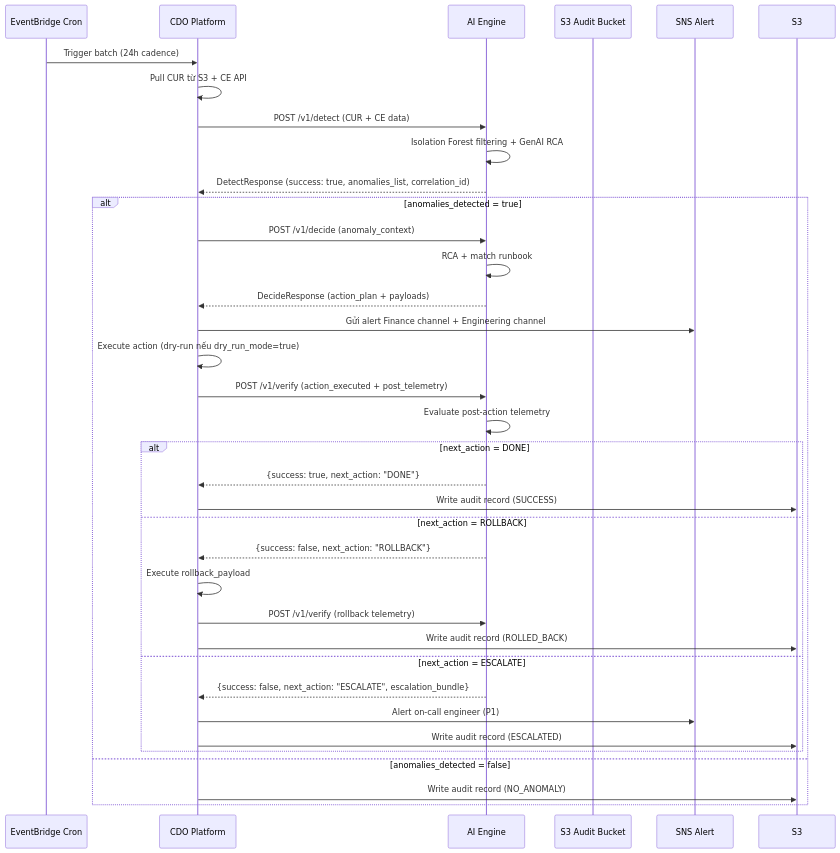
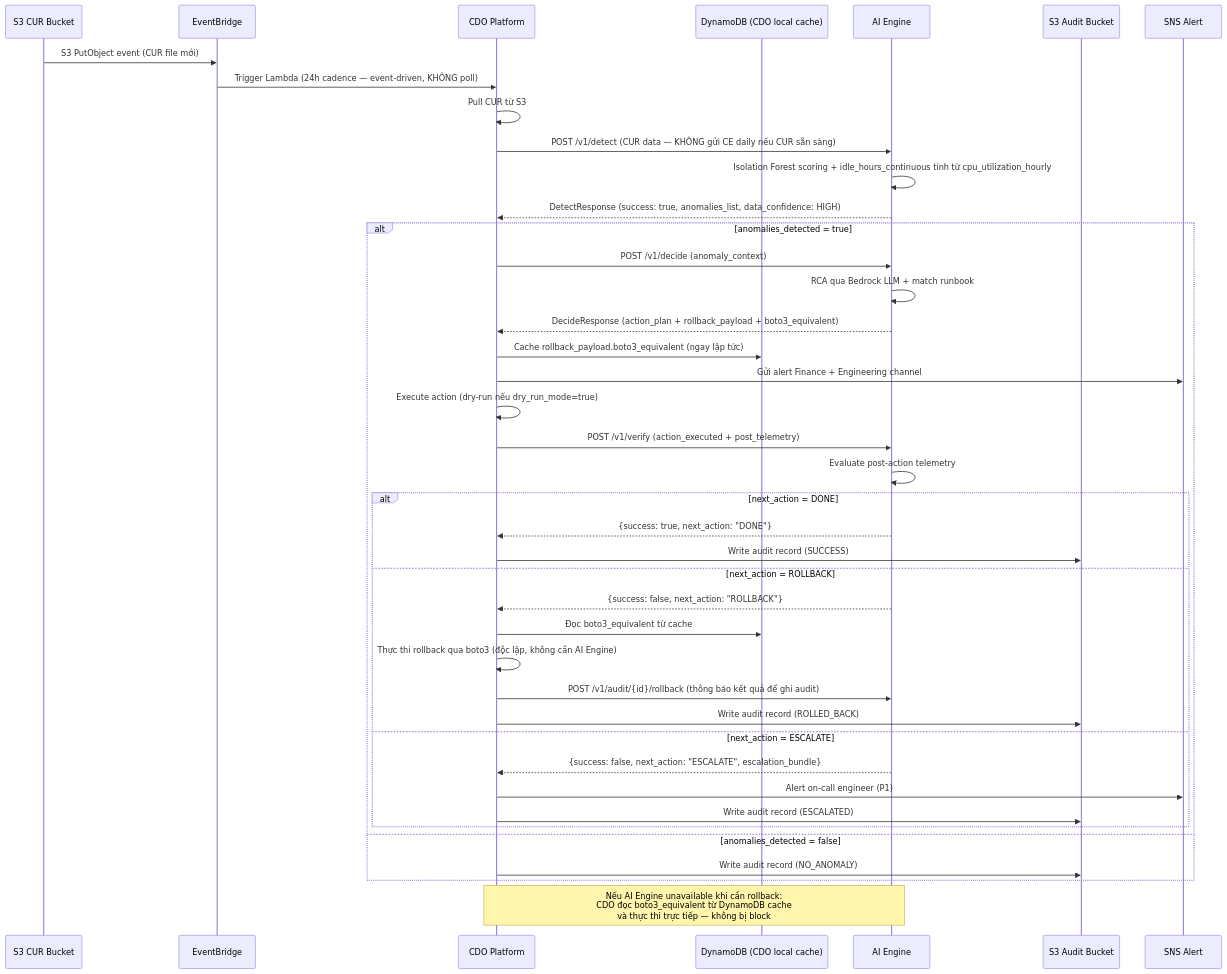
One commit to hungxqt/tf2-finops-docs changed the diagram in docs/contracts/ai-api-contract.md. Above: the diagram before and after it, drawn with Mermaid. The commit also changed other lines of this file and 24 other files, not shown here.

````diff
--- a/docs/contracts/ai-api-contract.md
+++ b/docs/contracts/ai-api-contract.md
@@ -1173,40 +1402,47 @@
 ```mermaid
 sequenceDiagram
-    participant EB as EventBridge Cron
+    participant S3CUR as S3 CUR Bucket
+    participant EB as EventBridge
     participant CDO as CDO Platform
+    participant DDB as DynamoDB (CDO local cache)
     participant AI as AI Engine
-    participant DDB as S3 Audit Bucket
+    participant AuditS3 as S3 Audit Bucket
     participant SNS as SNS Alert
 
-    EB->>CDO: Trigger batch (24h cadence)
-    CDO->>CDO: Pull CUR từ S3 + CE API
-    CDO->>AI: POST /v1/detect (CUR + CE data)
-    AI->>AI: Isolation Forest filtering + GenAI RCA
-    AI-->>CDO: DetectResponse (success: true, anomalies_list, correlation_id)
+    S3CUR->>EB: S3 PutObject event (CUR file mới)
+    EB->>CDO: Trigger Lambda (24h cadence — event-driven, KHÔNG poll)
+    CDO->>CDO: Pull CUR từ S3
+    CDO->>AI: POST /v1/detect (CUR data — KHÔNG gửi CE daily nếu CUR sẵn sàng)
+    AI->>AI: Isolation Forest scoring + idle_hours_continuous tính từ cpu_utilization_hourly
+    AI-->>CDO: DetectResponse (success: true, anomalies_list, data_confidence: HIGH)
 
     alt anomalies_detected = true
         CDO->>AI: POST /v1/decide (anomaly_context)
-        AI->>AI: RCA + match runbook
-        AI-->>CDO: DecideResponse (action_plan + payloads)
-        CDO->>SNS: Gửi alert Finance channel + Engineering channel
+        AI->>AI: RCA qua Bedrock LLM + match runbook
+        AI-->>CDO: DecideResponse (action_plan + rollback_payload + boto3_equivalent)
+        CDO->>DDB: Cache rollback_payload.boto3_equivalent (ngay lập tức)
+        CDO->>SNS: Gửi alert Finance + Engineering channel
         CDO->>CDO: Execute action (dry-run nếu dry_run_mode=true)
         CDO->>AI: POST /v1/verify (action_executed + post_telemetry)
         AI->>AI: Evaluate post-action telemetry
 
         alt next_action = DONE
             AI-->>CDO: {success: true, next_action: "DONE"}
-            CDO->>S3: Write audit record (SUCCESS)
+            CDO->>AuditS3: Write audit record (SUCCESS)
         else next_action = ROLLBACK
             AI-->>CDO: {success: false, next_action: "ROLLBACK"}
-            CDO->>CDO: Execute rollback_payload
-            CDO->>AI: POST /v1/verify (rollback telemetry)
-            CDO->>S3: Write audit record (ROLLED_BACK)
+            CDO->>DDB: Đọc boto3_equivalent từ cache
+            CDO->>CDO: Thực thi rollback qua boto3 (độc lập, không cần AI Engine)
+            CDO->>AI: POST /v1/audit/{id}/rollback (thông báo kết quả để ghi audit)
+            CDO->>AuditS3: Write audit record (ROLLED_BACK)
         else next_action = ESCALATE
             AI-->>CDO: {success: false, next_action: "ESCALATE", escalation_bundle}
             CDO->>SNS: Alert on-call engineer (P1)
-            CDO->>S3: Write audit record (ESCALATED)
+            CDO->>AuditS3: Write audit record (ESCALATED)
         end
     else anomalies_detected = false
-        CDO->>S3: Write audit record (NO_ANOMALY)
+        CDO->>AuditS3: Write audit record (NO_ANOMALY)
     end
+
+    note over CDO,AI: Nếu AI Engine unavailable khi cần rollback:<br/>CDO đọc boto3_equivalent từ DynamoDB cache<br/>và thực thi trực tiếp — không bị block
 ```
````
